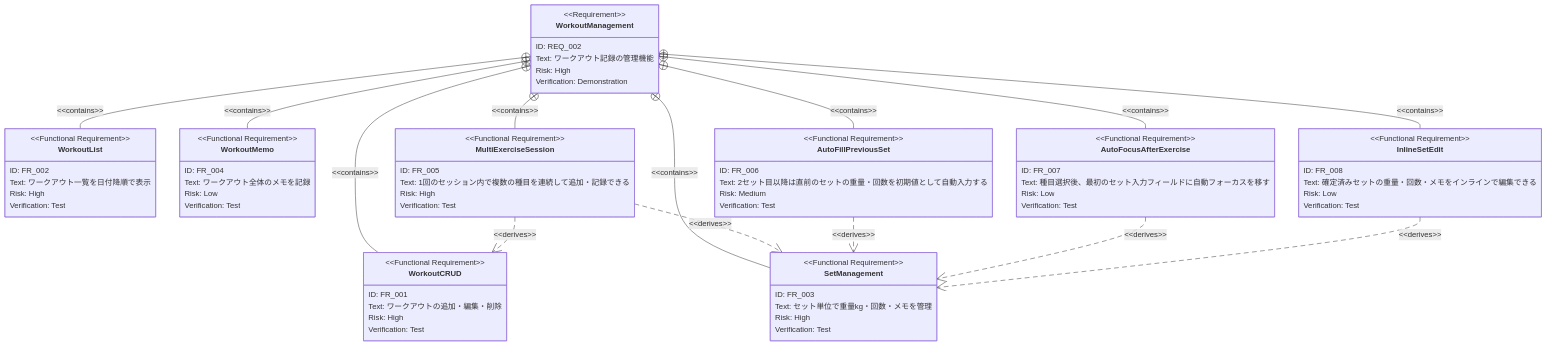
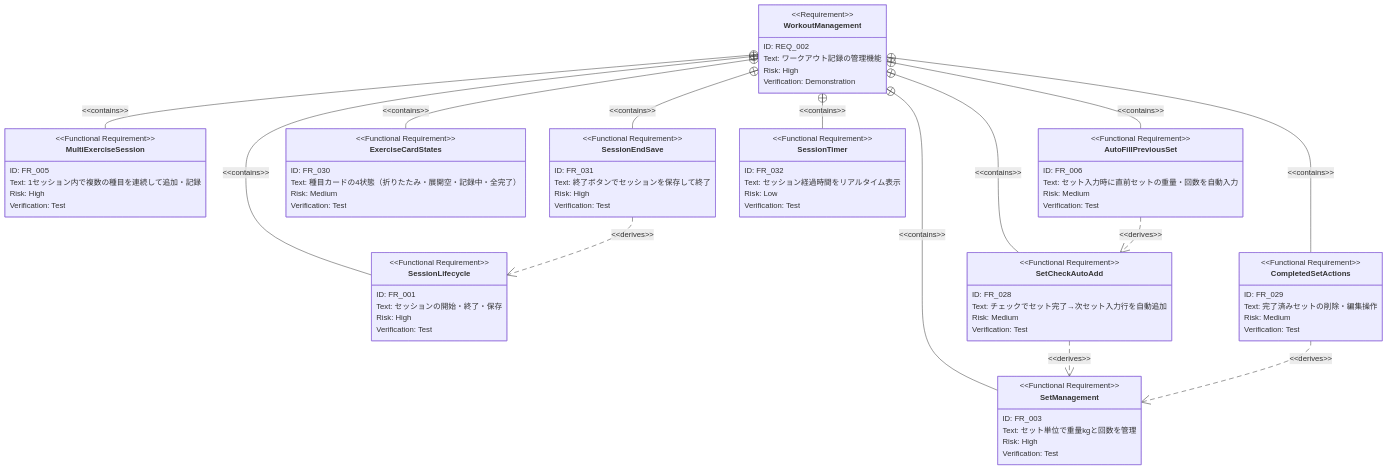
Before and after one commit to SakumaTakuya/gymini: the second of 2 diagrams in .sdd/requirement/workout/index.md, drawn with Mermaid. The commit also changed other lines of this file and 9 other files, not shown here.

````diff
--- a/.sdd/requirement/workout/index.md
+++ b/.sdd/requirement/workout/index.md
@@ -60,74 +69,80 @@
         verifymethod: demonstration
     }
 
-    functionalRequirement WorkoutCRUD {
+    functionalRequirement SessionLifecycle {
         id: FR_001
-        text: "ワークアウトの追加・編集・削除"
-        risk: high
-        verifymethod: test
-    }
-
-    functionalRequirement WorkoutList {
-        id: FR_002
-        text: "ワークアウト一覧を日付降順で表示"
+        text: "セッションの開始・終了・保存"
         risk: high
         verifymethod: test
     }
 
     functionalRequirement SetManagement {
         id: FR_003
-        text: "セット単位で重量kg・回数・メモを管理"
+        text: "セット単位で重量kgと回数を管理"
         risk: high
-        verifymethod: test
-    }
-
-    functionalRequirement WorkoutMemo {
-        id: FR_004
-        text: "ワークアウト全体のメモを記録"
-        risk: low
         verifymethod: test
     }
 
     functionalRequirement MultiExerciseSession {
         id: FR_005
-        text: "1回のセッション内で複数の種目を連続して追加・記録できる"
+        text: "1セッション内で複数の種目を連続して追加・記録"
         risk: high
         verifymethod: test
     }
 
     functionalRequirement AutoFillPreviousSet {
         id: FR_006
-        text: "2セット目以降は直前のセットの重量・回数を初期値として自動入力する"
+        text: "セット入力時に直前セットの重量・回数を自動入力"
         risk: medium
         verifymethod: test
     }
 
-    functionalRequirement AutoFocusAfterExercise {
-        id: FR_007
-        text: "種目選択後、最初のセット入力フィールドに自動フォーカスを移す"
+    functionalRequirement SetCheckAutoAdd {
+        id: FR_028
+        text: "チェックでセット完了→次セット入力行を自動追加"
+        risk: medium
+        verifymethod: test
+    }
+
+    functionalRequirement CompletedSetActions {
+        id: FR_029
+        text: "完了済みセットの削除・編集操作"
+        risk: medium
+        verifymethod: test
+    }
+
+    functionalRequirement ExerciseCardStates {
+        id: FR_030
+        text: "種目カードの4状態（折りたたみ・展開空・記録中・全完了）"
+        risk: medium
+        verifymethod: test
+    }
+
+    functionalRequirement SessionEndSave {
+        id: FR_031
+        text: "終了ボタンでセッションを保存して終了"
+        risk: high
+        verifymethod: test
+    }
+
+    functionalRequirement SessionTimer {
+        id: FR_032
+        text: "セッション経過時間をリアルタイム表示"
         risk: low
         verifymethod: test
     }
 
-    WorkoutManagement - contains -> WorkoutCRUD
-    WorkoutManagement - contains -> WorkoutList
+    WorkoutManagement - contains -> SessionLifecycle
     WorkoutManagement - contains -> SetManagement
-    WorkoutManagement - contains -> WorkoutMemo
     WorkoutManagement - contains -> MultiExerciseSession
     WorkoutManagement - contains -> AutoFillPreviousSet
-    WorkoutManagement - contains -> AutoFocusAfterExercise
-    MultiExerciseSession - derives -> WorkoutCRUD
-    MultiExerciseSession - derives -> SetManagement
-    AutoFillPreviousSet - derives -> SetManagement
-    AutoFocusAfterExercise - derives -> SetManagement
-
-    functionalRequirement InlineSetEdit {
-        id: FR_008
-        text: "確定済みセットの重量・回数・メモをインラインで編集できる"
-        risk: low
-        verifymethod: test
-    }
-
-    WorkoutManagement - contains -> InlineSetEdit
-    InlineSetEdit - derives -> SetManagement
+    WorkoutManagement - contains -> SetCheckAutoAdd
+    WorkoutManagement - contains -> CompletedSetActions
+    WorkoutManagement - contains -> ExerciseCardStates
+    WorkoutManagement - contains -> SessionEndSave
+    WorkoutManagement - contains -> SessionTimer
+    SetCheckAutoAdd - derives -> SetManagement
+    CompletedSetActions - derives -> SetManagement
+    AutoFillPreviousSet - derives -> SetCheckAutoAdd
+    SessionEndSave - derives -> SessionLifecycle
 ```
````
